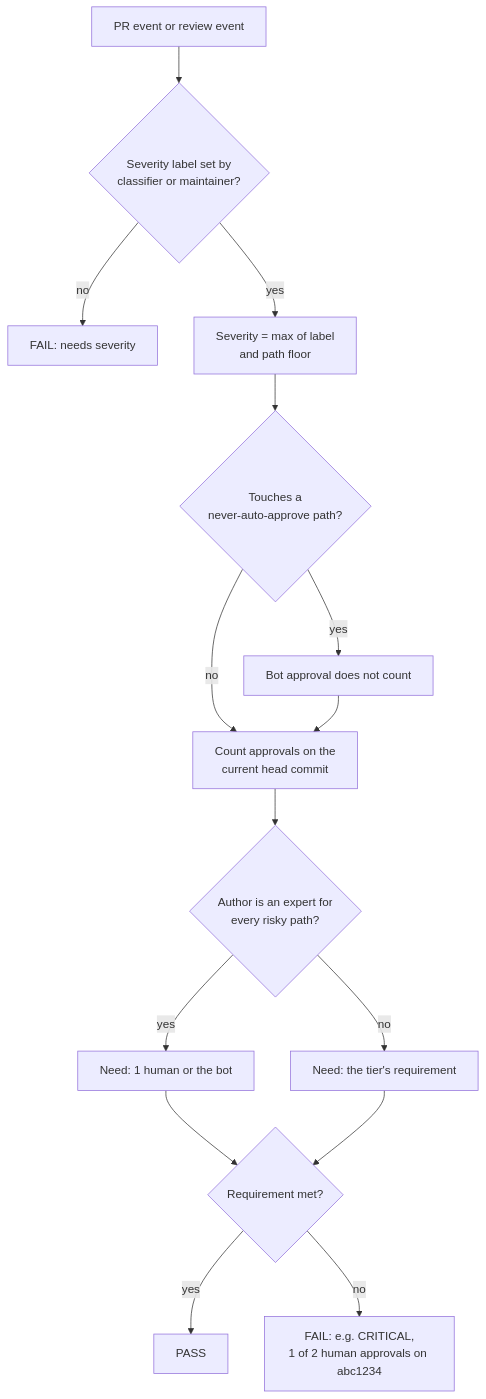
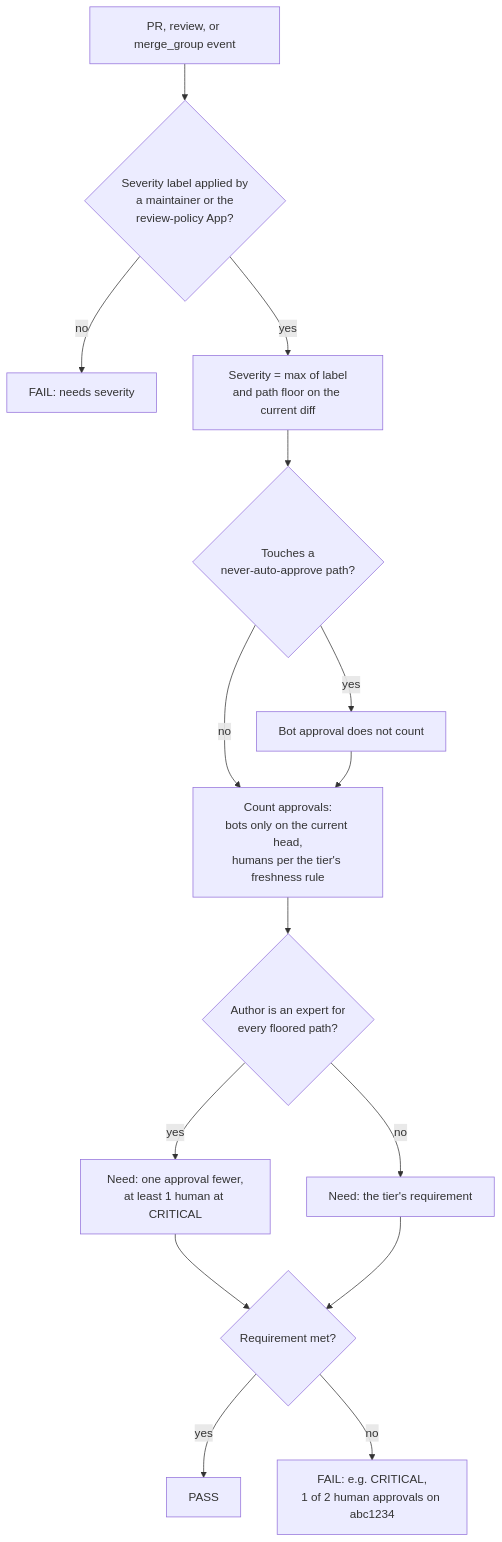
Before and after one commit to lightninglabs/review-policy: the second of 3 diagrams in README.md, drawn with Mermaid. The commit also changed other lines of this file, not shown here.

First line of the commit message:
docs: address review of the design

````diff
--- a/README.md
+++ b/README.md
@@ -51,17 +69,17 @@
 ```mermaid
 flowchart TD
-    A[PR event or review event] --> B{Severity label set by<br/>classifier or maintainer?}
+    A[PR, review, or merge_group event] --> B{Severity label applied by<br/>a maintainer or the<br/>review-policy App?}
     B -- no --> F1[FAIL: needs severity]
-    B -- yes --> C[Severity = max of label<br/>and path floor]
+    B -- yes --> C[Severity = max of label<br/>and path floor on the current diff]
     C --> D{Touches a<br/>never-auto-approve path?}
     D -- yes --> E[Bot approval does not count]
     D -- no --> G
-    E --> G[Count approvals on the<br/>current head commit]
-    G --> H{Author is an expert for<br/>every risky path?}
-    H -- yes --> I[Need: 1 human or the bot]
+    E --> G[Count approvals:<br/>bots only on the current head,<br/>humans per the tier's freshness rule]
+    G --> H{Author is an expert for<br/>every floored path?}
+    H -- yes --> I[Need: one approval fewer,<br/>at least 1 human at CRITICAL]
     H -- no --> J[Need: the tier's requirement]
     I --> K{Requirement met?}
     J --> K
     K -- yes --> P[PASS]
     K -- no --> F2[FAIL: e.g. CRITICAL,<br/>1 of 2 human approvals on abc1234]
 ```
````
